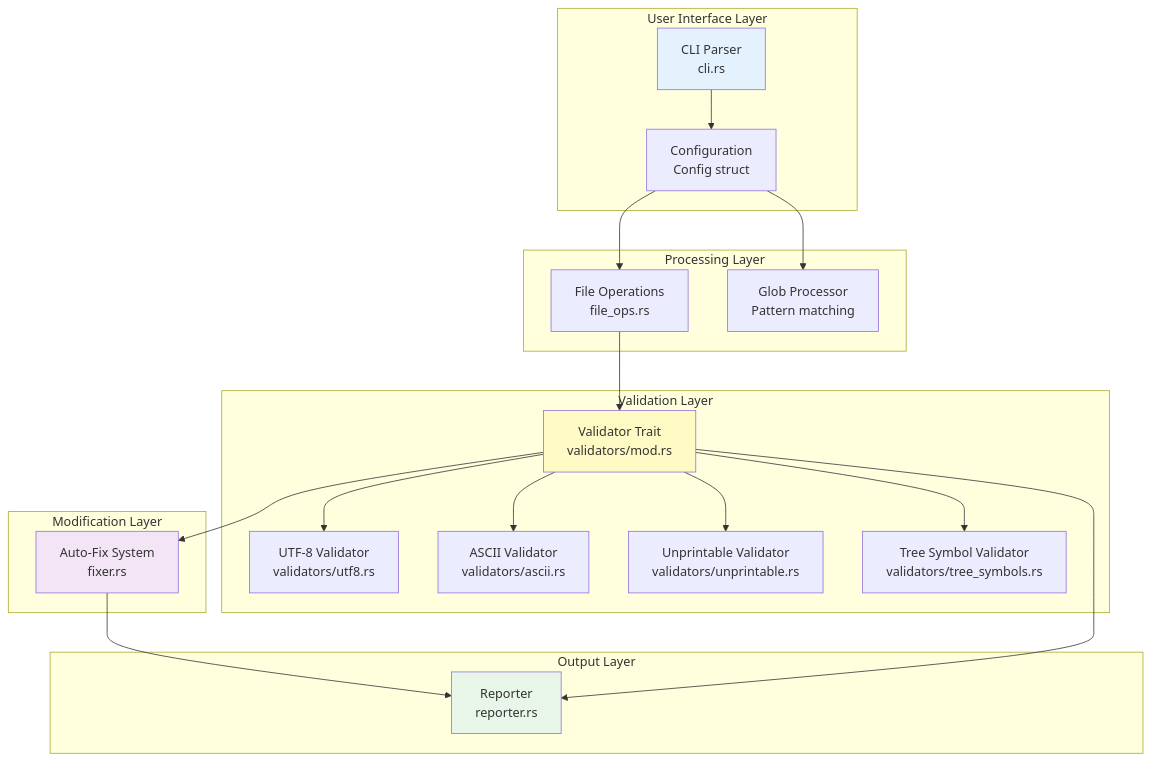
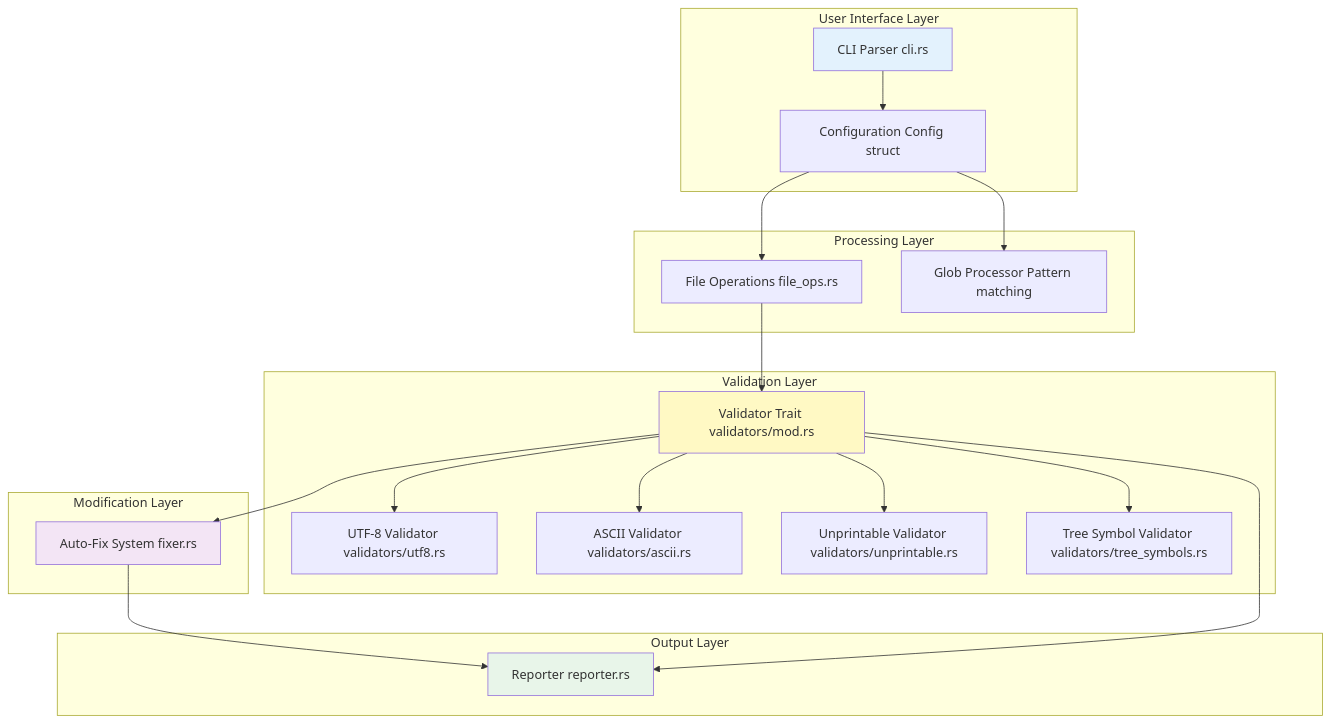
The first of 8 diagrams in wiki/Components.md (softwarewrighter/markdown-checker), drawn with Mermaid before and after one commit. The commit also changed other lines of this file and 10 other files, not shown here.

````diff
--- a/wiki/Components.md
+++ b/wiki/Components.md
@@ -7,45 +7,45 @@
 ```mermaid
 graph TB
     subgraph "User Interface Layer"
-        CLI[CLI Parser<br/>cli.rs]
-        Config[Configuration<br/>Config struct]
+        CLI[CLI Parser cli.rs]
+        Config[Configuration Config struct]
     end
 
     subgraph "Processing Layer"
-        FileOps[File Operations<br/>file_ops.rs]
-        Glob[Glob Processor<br/>Pattern matching]
+        FileOps[File Operations file_ops.rs]
+        Glob[Glob Processor Pattern matching]
     end
 
     subgraph "Validation Layer"
-        ValidatorTrait[Validator Trait<br/>validators/mod.rs]
-        UTF8[UTF-8 Validator<br/>validators/utf8.rs]
-        ASCII[ASCII Validator<br/>validators/ascii.rs]
-        Unprint[Unprintable Validator<br/>validators/unprintable.rs]
-        Tree[Tree Symbol Validator<br/>validators/tree_symbols.rs]
+        ValidatorTrait[Validator Trait validators/mod.rs]
+        UTF8[UTF-8 Validator validators/utf8.rs]
+        ASCII[ASCII Validator validators/ascii.rs]
+        Unprint[Unprintable Validator validators/unprintable.rs]
+        Tree[Tree Symbol Validator validators/tree_symbols.rs]
     end
 
     subgraph "Modification Layer"
-        Fixer[Auto-Fix System<br/>fixer.rs]
+        Fixer[Auto-Fix System fixer.rs]
     end
 
     subgraph "Output Layer"
-        Reporter[Reporter<br/>reporter.rs]
+        Reporter[Reporter reporter.rs]
     end
 
     CLI --> Config
     Config --> FileOps
     Config --> Glob
     FileOps --> ValidatorTrait
     ValidatorTrait --> UTF8
     ValidatorTrait --> ASCII
     ValidatorTrait --> Unprint
     ValidatorTrait --> Tree
     ValidatorTrait --> Fixer
     Fixer --> Reporter
     ValidatorTrait --> Reporter
 
     style CLI fill:#e3f2fd
     style ValidatorTrait fill:#fff9c4
     style Fixer fill:#f3e5f5
     style Reporter fill:#e8f5e9
 ```
````
